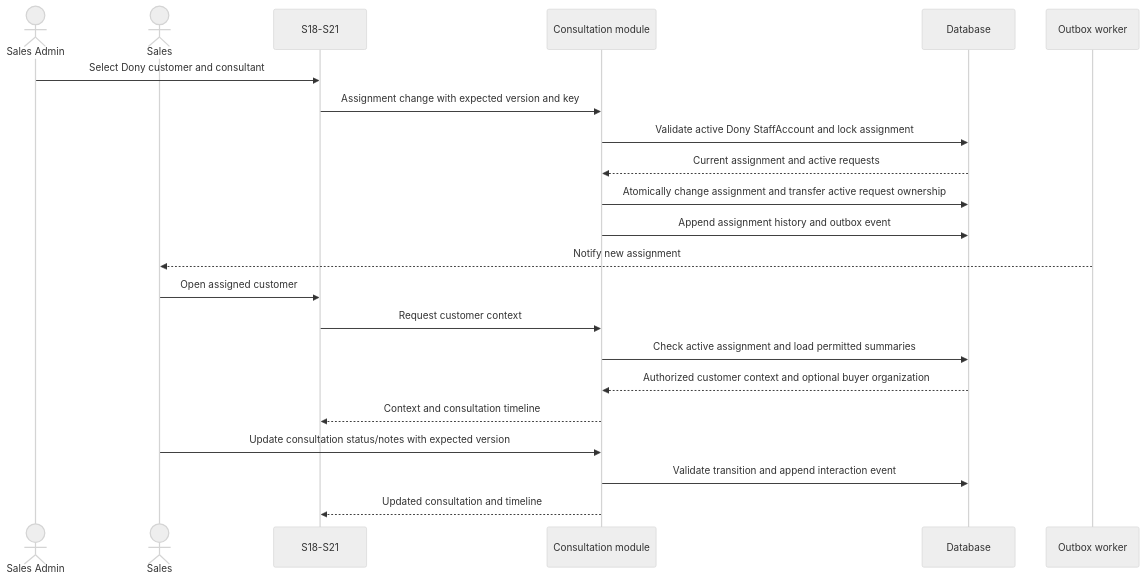
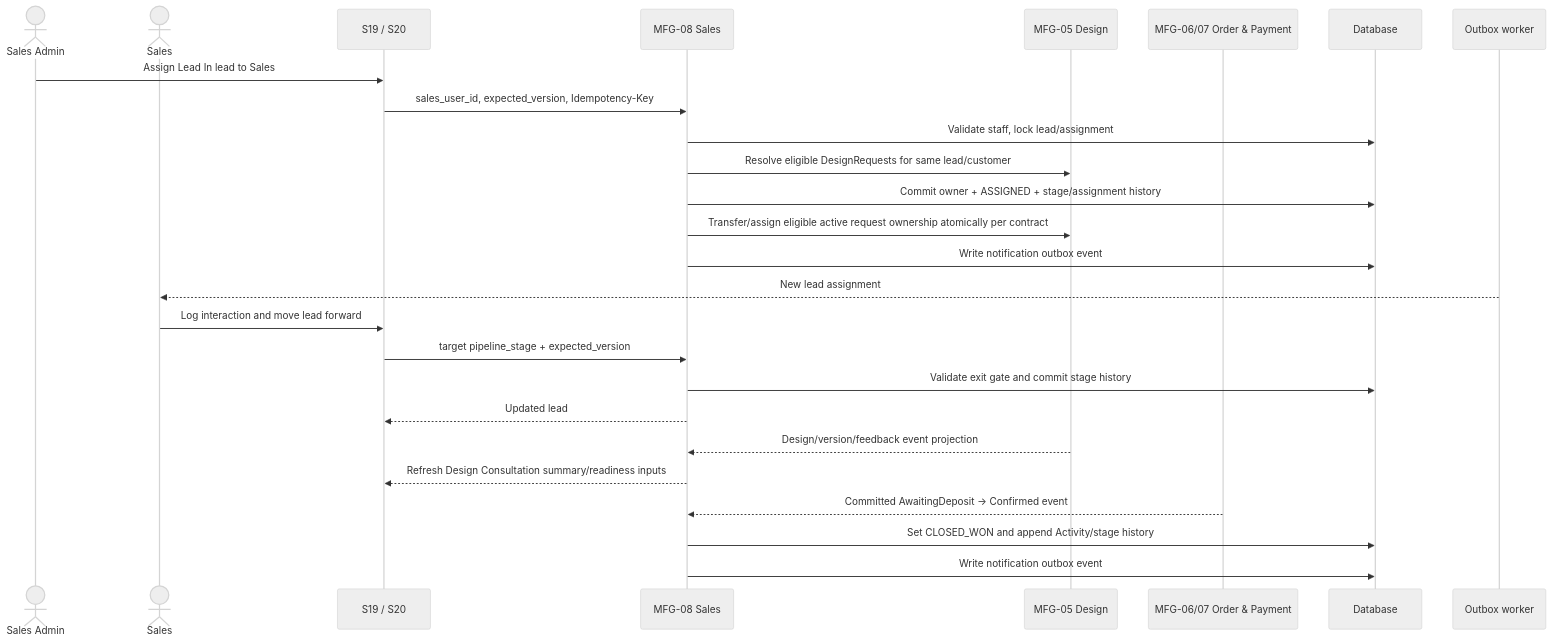
Before and after one commit to ankhanhwork/weavelink-project: the second of 2 diagrams in docs/spec/specs/spec-MFG-08.md, drawn with Mermaid (neutral theme). The commit also changed other lines of this file and 25 other files, not shown here.

````diff
--- a/docs/spec/specs/spec-MFG-08.md
+++ b/docs/spec/specs/spec-MFG-08.md
@@ -81,24 +104,32 @@
 ```mermaid
 sequenceDiagram
-    actor CompanyAdmin as Sales Admin
-    actor Consultant as Sales
-    participant ConsultationUI as S18-S21
-    participant ConsultationModule as Consultation module
-    participant Database as Database
-    participant OutboxWorker as Outbox worker
-    CompanyAdmin->>ConsultationUI: Select Dony customer and consultant
-    ConsultationUI->>ConsultationModule: Assignment change with expected version and key
-    ConsultationModule->>Database: Validate active Dony StaffAccount and lock assignment
-    Database-->>ConsultationModule: Current assignment and active requests
-    ConsultationModule->>Database: Atomically change assignment and transfer active request ownership
-    ConsultationModule->>Database: Append assignment history and outbox event
-    OutboxWorker-->>Consultant: Notify new assignment
-    Consultant->>ConsultationUI: Open assigned customer
-    ConsultationUI->>ConsultationModule: Request customer context
-    ConsultationModule->>Database: Check active assignment and load permitted summaries
-    Database-->>ConsultationModule: Authorized customer context and optional buyer organization
-    ConsultationModule-->>ConsultationUI: Context and consultation timeline
-    Consultant->>ConsultationModule: Update consultation status/notes with expected version
-    ConsultationModule->>Database: Validate transition and append interaction event
-    ConsultationModule-->>ConsultationUI: Updated consultation and timeline
+    actor Admin as Sales Admin
+    actor Sales as Sales
+    participant UI as S19 / S20
+    participant SalesModule as MFG-08 Sales
+    participant DesignModule as MFG-05 Design
+    participant OrderModule as MFG-06/07 Order & Payment
+    participant DB as Database
+    participant Outbox as Outbox worker
+
+    Admin->>UI: Assign Lead In lead to Sales
+    UI->>SalesModule: sales_user_id, expected_version, Idempotency-Key
+    SalesModule->>DB: Validate staff, lock lead/assignment
+    SalesModule->>DesignModule: Resolve eligible DesignRequests for same lead/customer
+    SalesModule->>DB: Commit owner + ASSIGNED + stage/assignment history
+    SalesModule->>DesignModule: Transfer/assign eligible active request ownership atomically per contract
+    SalesModule->>DB: Write notification outbox event
+    Outbox-->>Sales: New lead assignment
+
+    Sales->>UI: Log interaction and move lead forward
+    UI->>SalesModule: target pipeline_stage + expected_version
+    SalesModule->>DB: Validate exit gate and commit stage history
+    SalesModule-->>UI: Updated lead
+
+    DesignModule-->>SalesModule: Design/version/feedback event projection
+    SalesModule-->>UI: Refresh Design Consultation summary/readiness inputs
+
+    OrderModule-->>SalesModule: Committed AwaitingDeposit -> Confirmed event
+    SalesModule->>DB: Set CLOSED_WON and append Activity/stage history
+    SalesModule->>DB: Write notification outbox event
 ```
````
